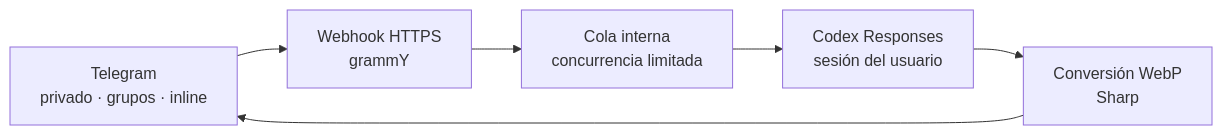
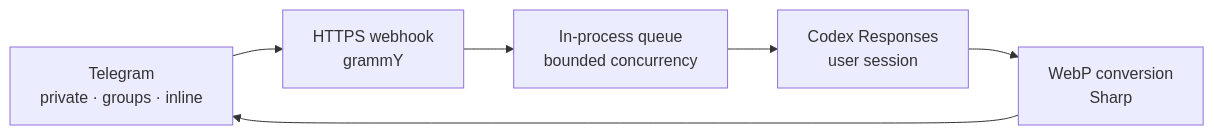
Before and after one commit to victor141516/stickergen: the diagram in README.md, drawn with Mermaid. The commit also changed other lines of this file and 13 other files, not shown here.

````diff
--- a/README.md
+++ b/README.md
@@ -60,10 +61,10 @@
 ```mermaid
 flowchart LR
-    T["Telegram<br/>privado · grupos · inline"]
-    W["Webhook HTTPS<br/>grammY"]
-    Q["Cola interna<br/>concurrencia limitada"]
-    C["Codex Responses<br/>sesión del usuario"]
-    S["Conversión WebP<br/>Sharp"]
+    T["Telegram<br/>private · groups · inline"]
+    W["HTTPS webhook<br/>grammY"]
+    Q["In-process queue<br/>bounded concurrency"]
+    C["Codex Responses<br/>user session"]
+    S["WebP conversion<br/>Sharp"]
 
     T --> W --> Q --> C --> S --> T
 ```
````
